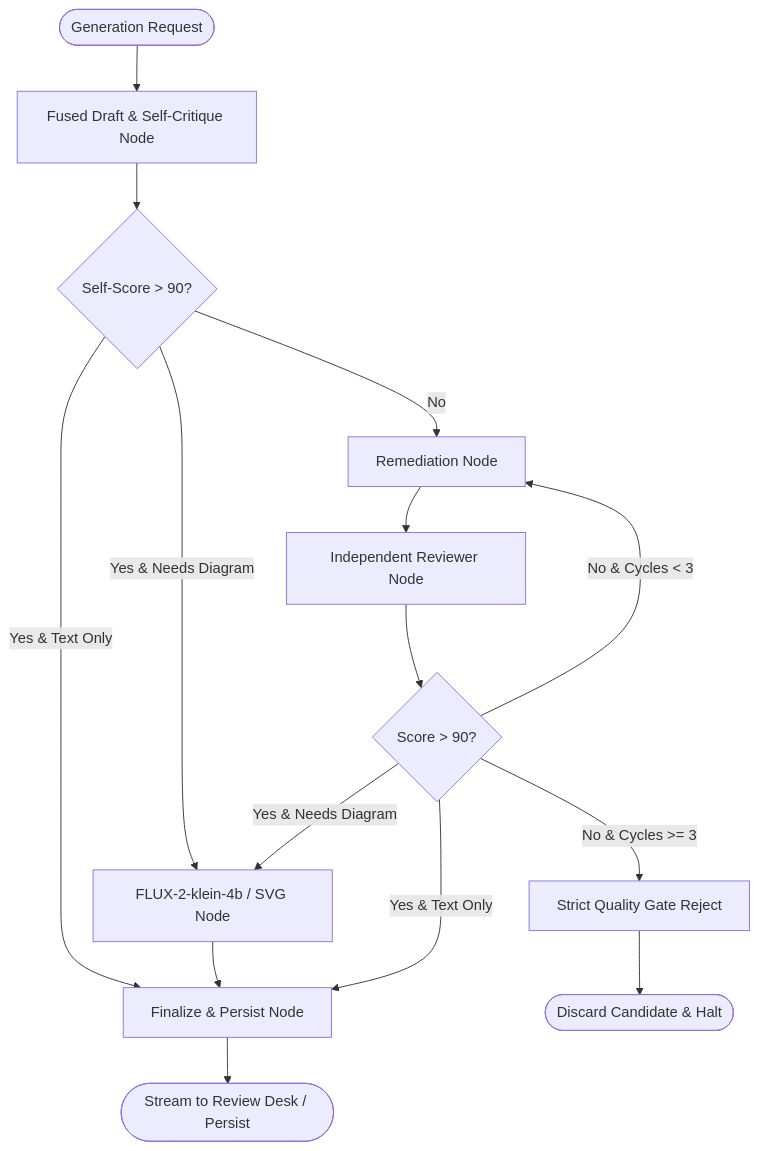
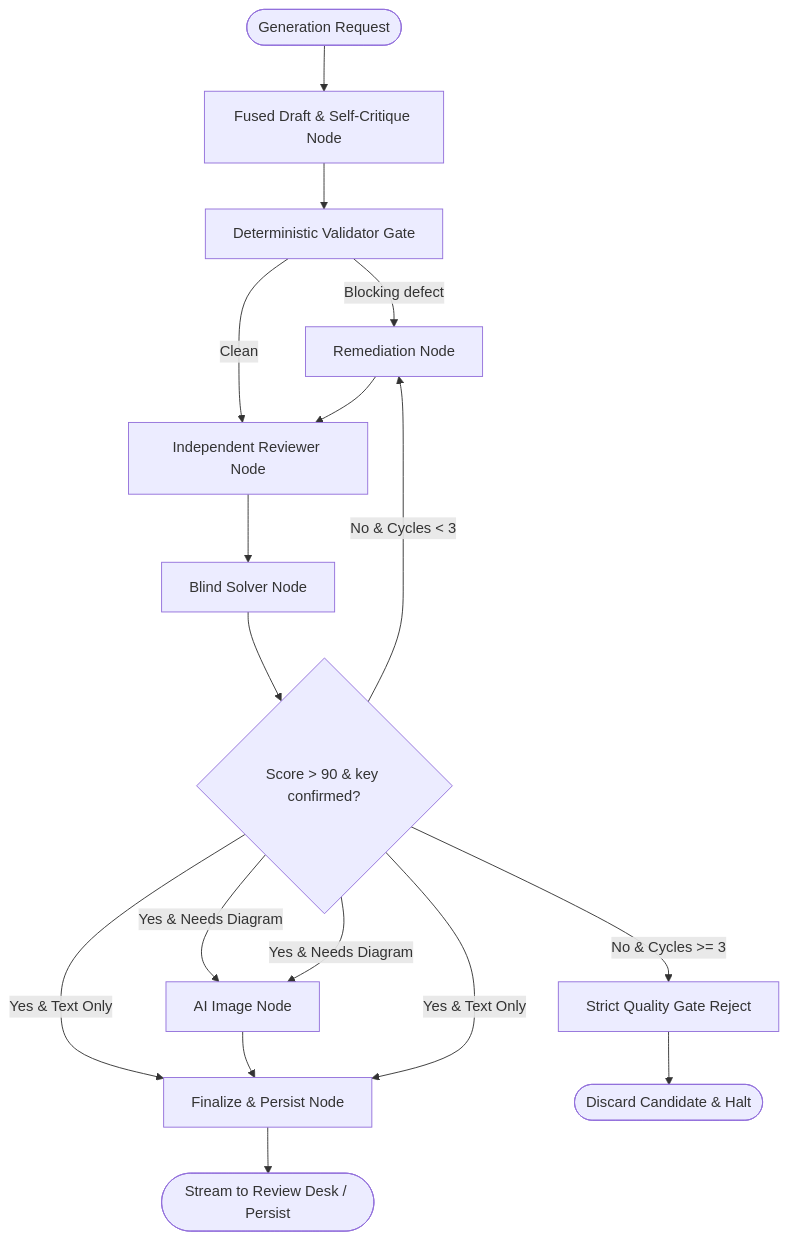
Before and after one commit to VishwamPatel-Infynno/Question-Bank-Generator: the diagram in backend/README.md, drawn with Mermaid. The commit also changed other lines of this file and 49 other files, not shown here.

````diff
--- a/backend/README.md
+++ b/backend/README.md
@@ -114,21 +150,21 @@
 ```mermaid
 graph TD
     Start([Generation Request]) --> NodeFused[Fused Draft & Self-Critique Node]
     
-    NodeFused --> FusedScoreCheck{Self-Score > 90?}
-    FusedScoreCheck -->|Yes & Needs Diagram| NodeImg[FLUX-2-klein-4b / SVG Node]
-    FusedScoreCheck -->|Yes & Text Only| NodeFin[Finalize & Persist Node]
+    NodeFused --> Gate[Deterministic Validator Gate]
+    Gate -->|Blocking defect| NodeRegen[Remediation Node]
+    Gate -->|Clean| NodeRev[Independent Reviewer Node]
+    NodeRev --> Solver[Blind Solver Node]
+    Solver --> ScoreCheck{Score > 90 & key confirmed?}
+    ScoreCheck -->|Yes & Needs Diagram| NodeImg[AI Image Node]
+    ScoreCheck -->|Yes & Text Only| NodeFin[Finalize & Persist Node]
     NodeImg --> NodeFin
-    
-    FusedScoreCheck -->|No| NodeRegen[Remediation Node]
-    NodeRegen --> NodeRev[Independent Reviewer Node]
-    
-    NodeRev --> ScoreCheck{Score > 90?}
+    NodeRegen --> NodeRev
     ScoreCheck -->|Yes & Needs Diagram| NodeImg
     ScoreCheck -->|Yes & Text Only| NodeFin
     ScoreCheck -->|No & Cycles < 3| NodeRegen
     ScoreCheck -->|No & Cycles >= 3| NodeReject[Strict Quality Gate Reject]
     
     NodeReject --> Discard([Discard Candidate & Halt])
     NodeFin --> Success([Stream to Review Desk / Persist])
 ```
````
